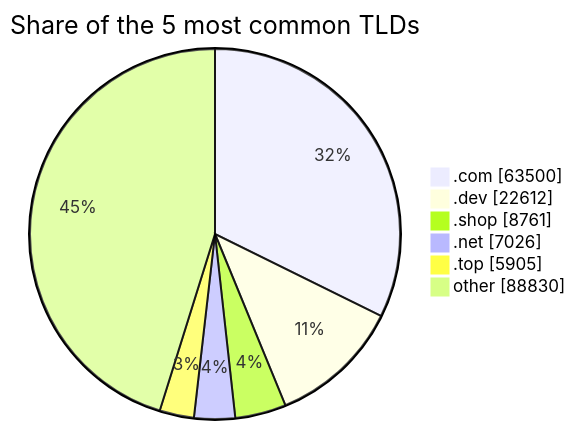
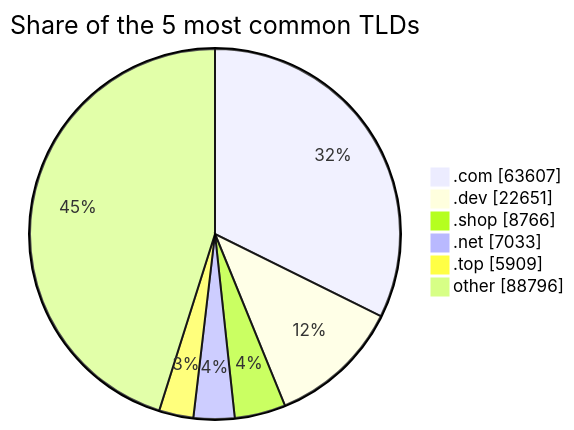
The third of 3 diagrams in README.md (DNSBunker/CTI), drawn with Mermaid before and after one commit. The commit also changed other lines of this file and 3 other files, not shown here.

````diff
--- a/README.md
+++ b/README.md
@@ -81,9 +81,9 @@
 ```mermaid
 pie showData title Share of the 5 most common TLDs
-    ".com" : 63500
-    ".dev" : 22612
-    ".shop" : 8761
-    ".net" : 7026
-    ".top" : 5905
-    "other" : 88830
+    ".com" : 63607
+    ".dev" : 22651
+    ".shop" : 8766
+    ".net" : 7033
+    ".top" : 5909
+    "other" : 88796
 ```
````
